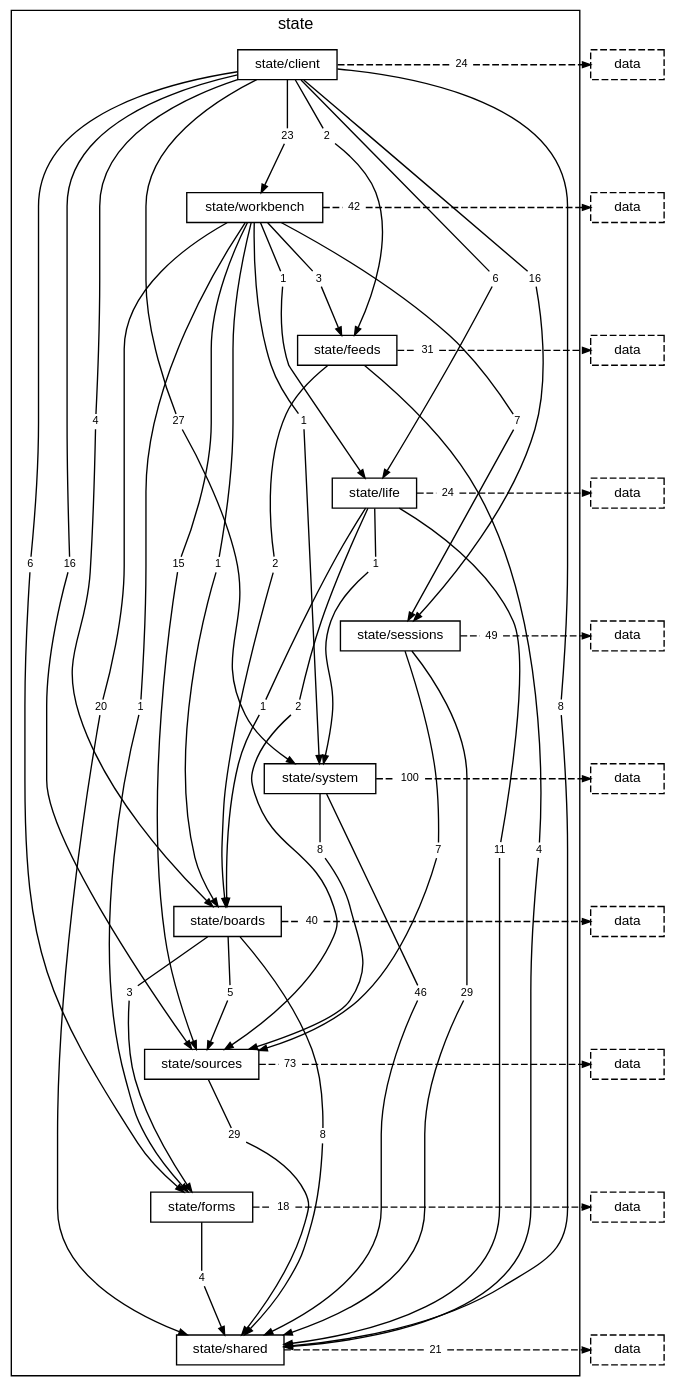
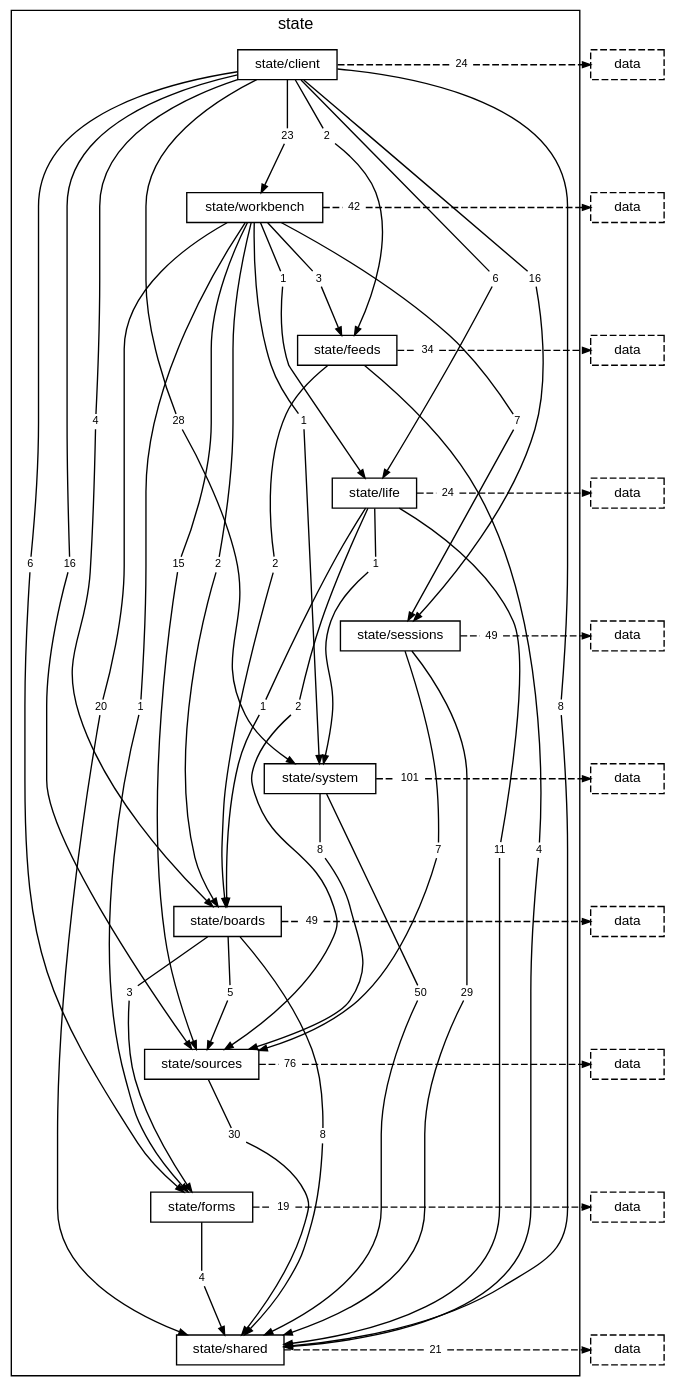
Before and after one commit to TheAxeC/oculus: the diagram in docs/diagrams/layer-state.dot, drawn with Graphviz. The commit also changed 471 other files, not shown here.

```diff
--- a/docs/diagrams/layer-state.dot
+++ b/docs/diagrams/layer-state.dot
@@ -21,10 +21,10 @@
         "folder state/client to folder state/sessions" [label="16", shape=box, color="transparent", fontsize=8, width=0, height=0, margin="0.04,0.02"];
         "folder state/client to folder state/shared" [label="8", shape=box, color="transparent", fontsize=8, width=0, height=0, margin="0.04,0.02"];
         "folder state/client to folder state/sources" [label="16", shape=box, color="transparent", fontsize=8, width=0, height=0, margin="0.04,0.02"];
-        "folder state/client to folder state/system" [label="27", shape=box, color="transparent", fontsize=8, width=0, height=0, margin="0.04,0.02"];
+        "folder state/client to folder state/system" [label="28", shape=box, color="transparent", fontsize=8, width=0, height=0, margin="0.04,0.02"];
         "folder state/client to folder state/workbench" [label="23", shape=box, color="transparent", fontsize=8, width=0, height=0, margin="0.04,0.02"];
         "folder state/client to layer data" [label="24", shape=box, color="transparent", fontsize=8, width=0, height=0, margin="0.04,0.02"];
-        "folder state/workbench to folder state/boards" [label="1", shape=box, color="transparent", fontsize=8, width=0, height=0, margin="0.04,0.02"];
+        "folder state/workbench to folder state/boards" [label="2", shape=box, color="transparent", fontsize=8, width=0, height=0, margin="0.04,0.02"];
         "folder state/workbench to folder state/feeds" [label="3", shape=box, color="transparent", fontsize=8, width=0, height=0, margin="0.04,0.02"];
         "folder state/workbench to folder state/forms" [label="1", shape=box, color="transparent", fontsize=8, width=0, height=0, margin="0.04,0.02"];
         "folder state/workbench to folder state/life" [label="1", shape=box, color="transparent", fontsize=8, width=0, height=0, margin="0.04,0.02"];
@@ -35,7 +35,7 @@
         "folder state/workbench to layer data" [label="42", shape=box, color="transparent", fontsize=8, width=0, height=0, margin="0.04,0.02"];
         "folder state/feeds to folder state/boards" [label="2", shape=box, color="transparent", fontsize=8, width=0, height=0, margin="0.04,0.02"];
         "folder state/feeds to folder state/shared" [label="4", shape=box, color="transparent", fontsize=8, width=0, height=0, margin="0.04,0.02"];
-        "folder state/feeds to layer data" [label="31", shape=box, color="transparent", fontsize=8, width=0, height=0, margin="0.04,0.02"];
+        "folder state/feeds to layer data" [label="34", shape=box, color="transparent", fontsize=8, width=0, height=0, margin="0.04,0.02"];
         "folder state/life to folder state/boards" [label="1", shape=box, color="transparent", fontsize=8, width=0, height=0, margin="0.04,0.02"];
         "folder state/life to folder state/shared" [label="11", shape=box, color="transparent", fontsize=8, width=0, height=0, margin="0.04,0.02"];
         "folder state/life to folder state/sources" [label="2", shape=box, color="transparent", fontsize=8, width=0, height=0, margin="0.04,0.02"];
@@ -44,17 +44,17 @@
         "folder state/sessions to folder state/shared" [label="29", shape=box, color="transparent", fontsize=8, width=0, height=0, margin="0.04,0.02"];
         "folder state/sessions to folder state/sources" [label="7", shape=box, color="transparent", fontsize=8, width=0, height=0, margin="0.04,0.02"];
         "folder state/sessions to layer data" [label="49", shape=box, color="transparent", fontsize=8, width=0, height=0, margin="0.04,0.02"];
-        "folder state/system to folder state/shared" [label="46", shape=box, color="transparent", fontsize=8, width=0, height=0, margin="0.04,0.02"];
+        "folder state/system to folder state/shared" [label="50", shape=box, color="transparent", fontsize=8, width=0, height=0, margin="0.04,0.02"];
         "folder state/system to folder state/sources" [label="8", shape=box, color="transparent", fontsize=8, width=0, height=0, margin="0.04,0.02"];
-        "folder state/system to layer data" [label="100", shape=box, color="transparent", fontsize=8, width=0, height=0, margin="0.04,0.02"];
+        "folder state/system to layer data" [label="101", shape=box, color="transparent", fontsize=8, width=0, height=0, margin="0.04,0.02"];
         "folder state/boards to folder state/forms" [label="3", shape=box, color="transparent", fontsize=8, width=0, height=0, margin="0.04,0.02"];
         "folder state/boards to folder state/shared" [label="8", shape=box, color="transparent", fontsize=8, width=0, height=0, margin="0.04,0.02"];
         "folder state/boards to folder state/sources" [label="5", shape=box, color="transparent", fontsize=8, width=0, height=0, margin="0.04,0.02"];
-        "folder state/boards to layer data" [label="40", shape=box, color="transparent", fontsize=8, width=0, height=0, margin="0.04,0.02"];
-        "folder state/sources to folder state/shared" [label="29", shape=box, color="transparent", fontsize=8, width=0, height=0, margin="0.04,0.02"];
-        "folder state/sources to layer data" [label="73", shape=box, color="transparent", fontsize=8, width=0, height=0, margin="0.04,0.02"];
+        "folder state/boards to layer data" [label="49", shape=box, color="transparent", fontsize=8, width=0, height=0, margin="0.04,0.02"];
+        "folder state/sources to folder state/shared" [label="30", shape=box, color="transparent", fontsize=8, width=0, height=0, margin="0.04,0.02"];
+        "folder state/sources to layer data" [label="76", shape=box, color="transparent", fontsize=8, width=0, height=0, margin="0.04,0.02"];
         "folder state/forms to folder state/shared" [label="4", shape=box, color="transparent", fontsize=8, width=0, height=0, margin="0.04,0.02"];
-        "folder state/forms to layer data" [label="18", shape=box, color="transparent", fontsize=8, width=0, height=0, margin="0.04,0.02"];
+        "folder state/forms to layer data" [label="19", shape=box, color="transparent", fontsize=8, width=0, height=0, margin="0.04,0.02"];
         "folder state/shared to layer data" [label="21", shape=box, color="transparent", fontsize=8, width=0, height=0, margin="0.04,0.02"];
     }
     "layer data from folder state/client" [label="data", style=dashed];
```
